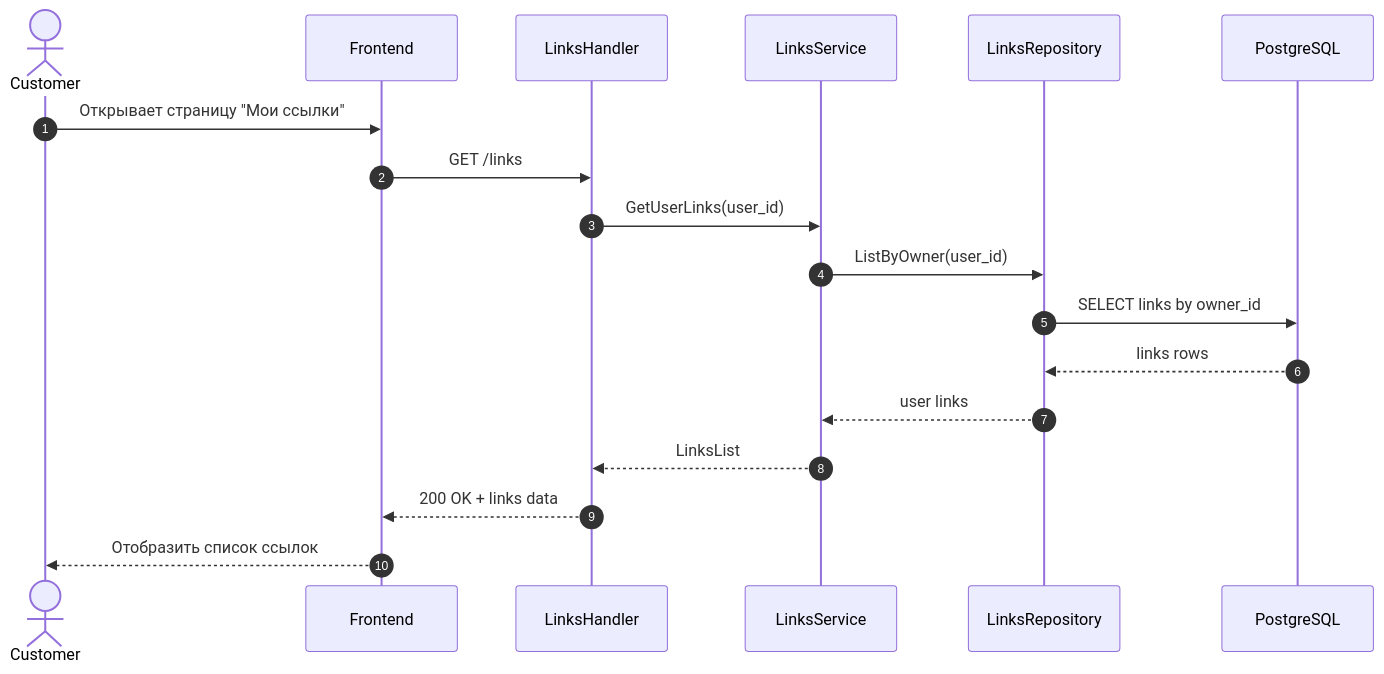
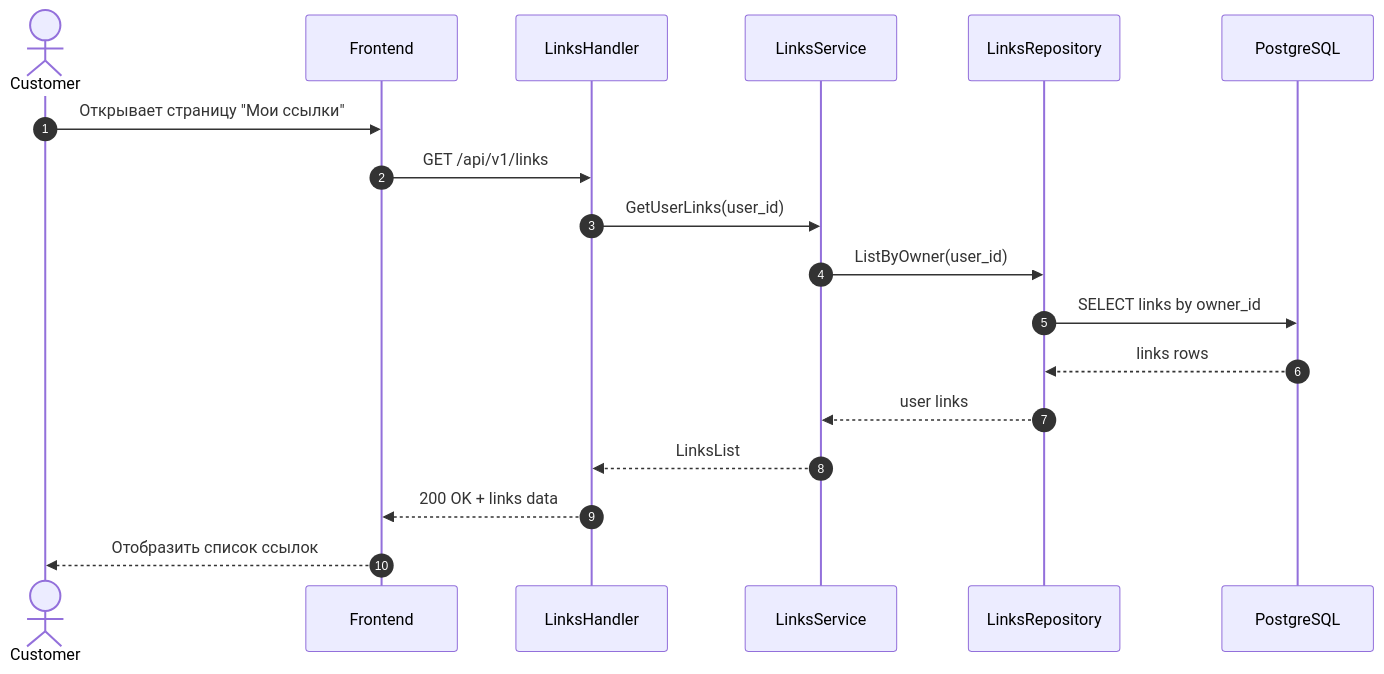
One commit to k3llone/TrackLink changed the diagram in docs/Sequence/SD-09.md. Above: the diagram before and after it, drawn with Mermaid. The commit also changed 33 other files, not shown here.

````diff
--- a/docs/Sequence/SD-09.md
+++ b/docs/Sequence/SD-09.md
@@ -3,25 +3,25 @@
 ```mermaid
 sequenceDiagram
     autonumber
 
     actor Customer
     participant FE as Frontend
     participant LH as LinksHandler
     participant LS as LinksService
     participant LR as LinksRepository
     participant DB as PostgreSQL
 
     Customer->>FE: Открывает страницу "Мои ссылки"
-    FE->>LH: GET /links
+    FE->>LH: GET /api/v1/links
 
     LH->>LS: GetUserLinks(user_id)
 
     LS->>LR: ListByOwner(user_id)
     LR->>DB: SELECT links by owner_id
     DB-->>LR: links rows
     LR-->>LS: user links
 
     LS-->>LH: LinksList
     LH-->>FE: 200 OK + links data
     FE-->>Customer: Отобразить список ссылок
 ```
````
